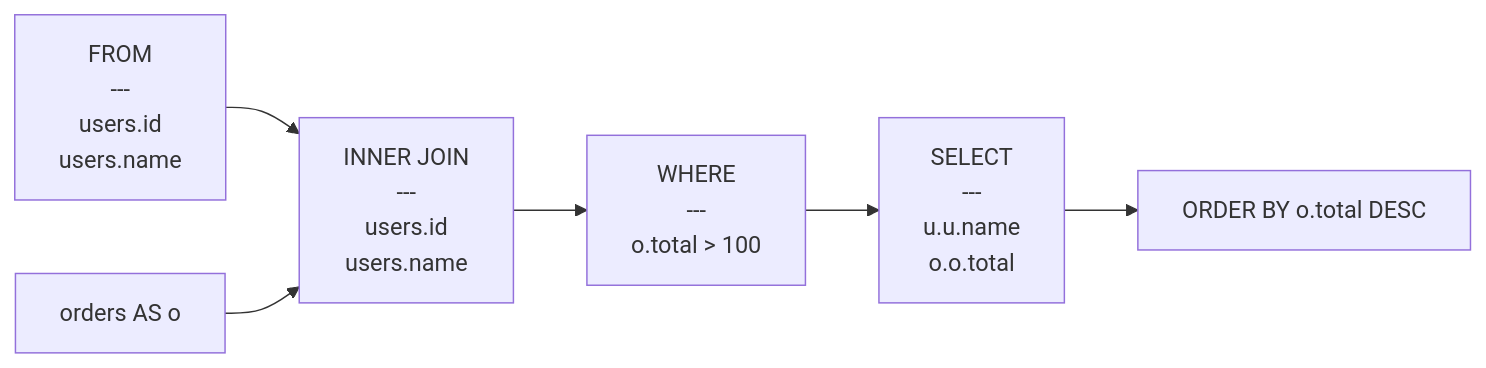
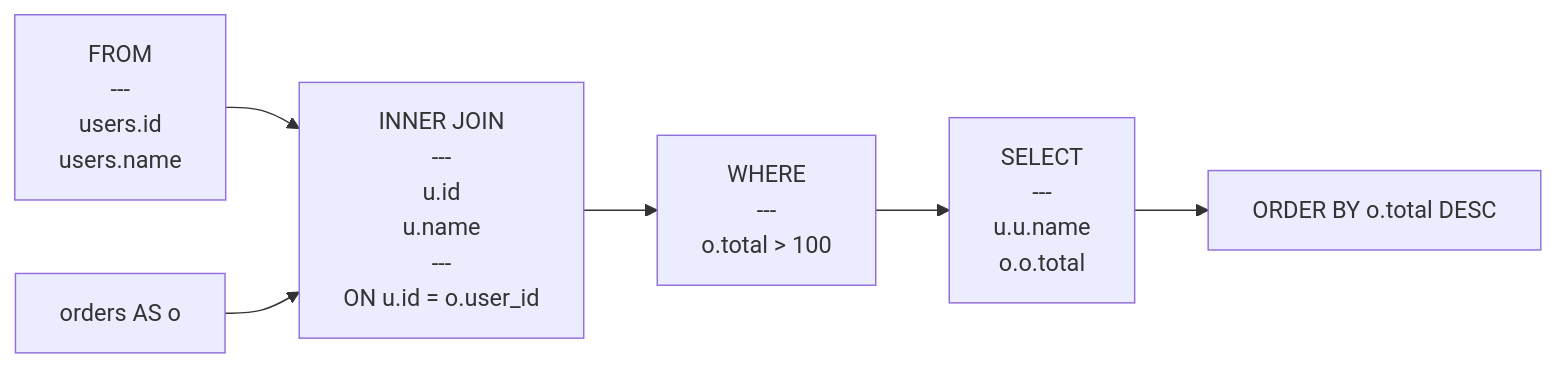
The diagram in examples/join.mmd (rot1024/sqloflow), drawn with Mermaid before and after one commit. The commit also changed 76 other files, not shown here.

Commit message:
feat: improve expression format, join node, column names

```diff
--- a/examples/join.mmd
+++ b/examples/join.mmd
@@ -1,12 +1,12 @@
 flowchart LR
     node_0["FROM<br/>---<br/>users.id<br/>users.name"]
     node_1[orders AS o]
-    node_2["INNER JOIN<br/>---<br/>users.id<br/>users.name"]
+    node_2["INNER JOIN<br/>---<br/>u.id<br/>u.name<br/>---<br/>ON u.id = o.user_id"]
     node_3["WHERE<br/>---<br/>o.total &gt; 100"]
     node_4["SELECT<br/>---<br/>u.u.name<br/>o.o.total"]
     node_5["ORDER BY o.total DESC"]
     node_0 --> node_2
     node_1 --> node_2
     node_2 --> node_3
     node_3 --> node_4
     node_4 --> node_5
```
